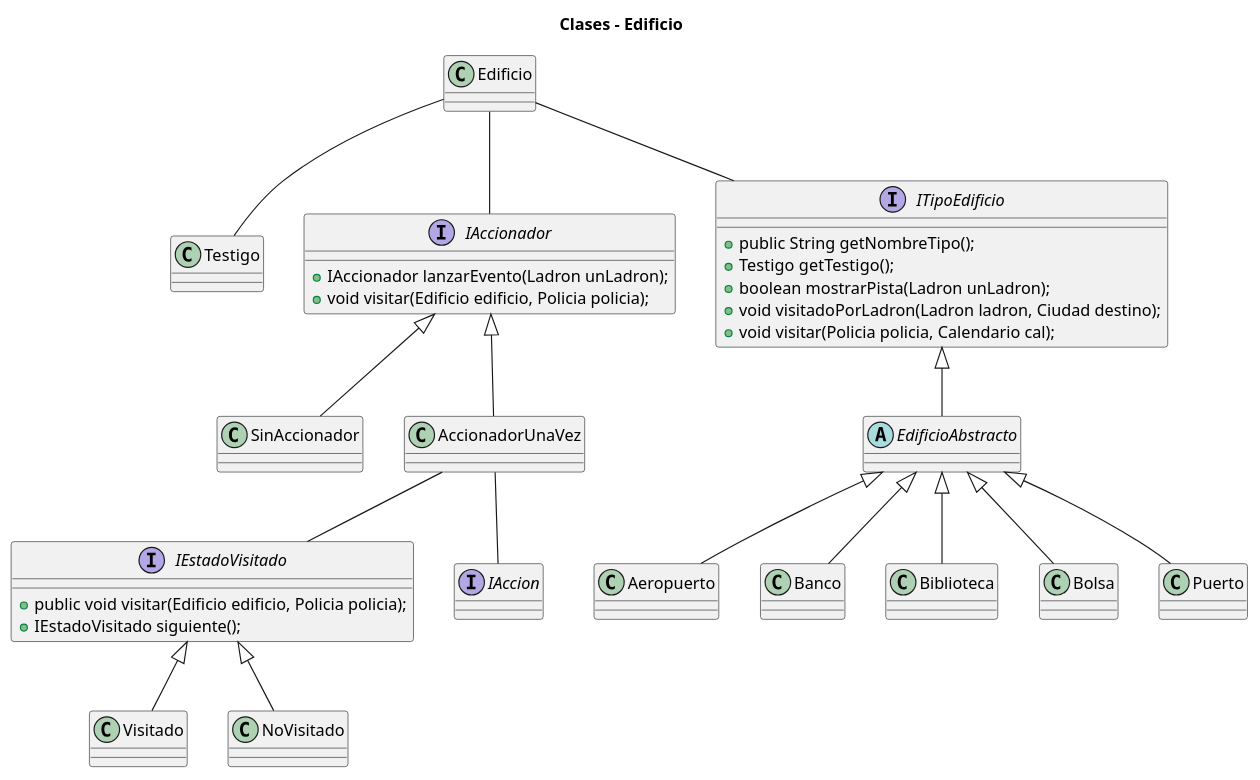
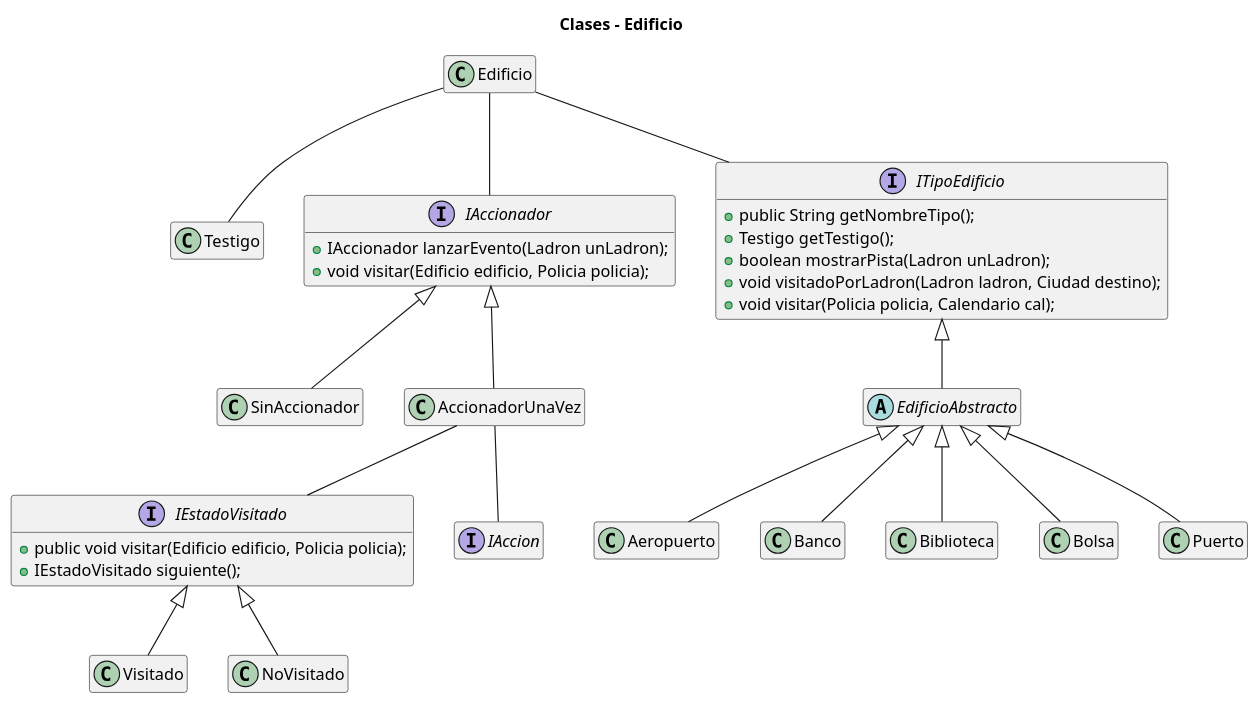
Before and after one commit to MarconMatias/TP2-AyPIII: the diagram in diagrams/classes/clase_edificio.plantuml, drawn with PlantUML. The commit also changed 15 other files, not shown here.

```diff
--- a/diagrams/classes/clase_edificio.plantuml
+++ b/diagrams/classes/clase_edificio.plantuml
@@ -1,61 +1,61 @@
-@startuml
-
+@startuml DC_Edificio
+hide empty members
 title Clases - Edificio 
 
 class Edificio
 class Testigo
 
 interface IAccionador {
   + IAccionador lanzarEvento(Ladron unLadron);
   + void visitar(Edificio edificio, Policia policia);
 }
 class SinAccionador
 class AccionadorUnaVez 
 
 IAccionador <|-- SinAccionador
 IAccionador <|-- AccionadorUnaVez
 Edificio -- IAccionador
 
 interface ITipoEdificio {
   + public String getNombreTipo();
   + Testigo getTestigo();
   + boolean mostrarPista(Ladron unLadron);
   + void visitadoPorLadron(Ladron ladron, Ciudad destino);
   + void visitar(Policia policia, Calendario cal);
 }
 
 abstract class EdificioAbstracto {}
 
 class Aeropuerto
 class Banco
 class Biblioteca
 class Bolsa
 class Puerto
 
 EdificioAbstracto <|-- Aeropuerto
 EdificioAbstracto <|-- Banco
 EdificioAbstracto <|-- Biblioteca
 EdificioAbstracto <|-- Bolsa
 EdificioAbstracto <|-- Puerto
 ITipoEdificio <|-- EdificioAbstracto
 Edificio -- ITipoEdificio
 Edificio -- Testigo
 
 interface IEstadoVisitado {
   + public void visitar(Edificio edificio, Policia policia);
   + IEstadoVisitado siguiente();
 }
 
 interface IAccion
 
 class Visitado
 class NoVisitado
 
 IEstadoVisitado <|-- Visitado
 IEstadoVisitado <|-- NoVisitado
 
 
 AccionadorUnaVez -- IEstadoVisitado
 AccionadorUnaVez -- IAccion
 
 @enduml
```
